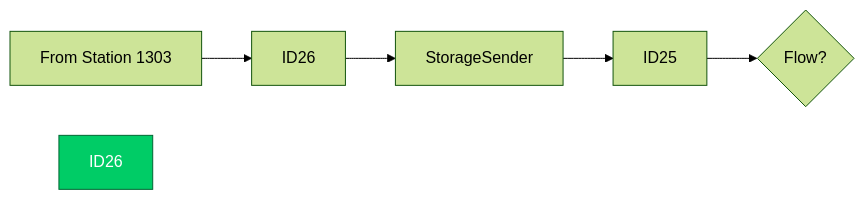
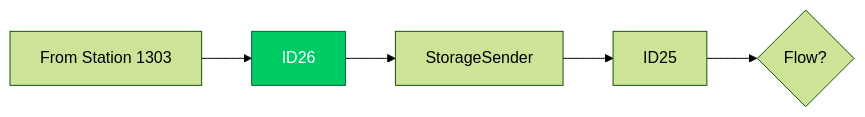
One commit to luthfiadityaa/SimeDarby-Wiki changed the first of 22 diagrams in Basic-Design/DFD-WMS/Retrieval/QC-Setting/QC-Work-from-Retrieval-for-QC-Start.md. Above: the diagram before and after it, drawn with Mermaid (forest theme).

Commit message:
Updated QC Work from Retrieval for QC Start

```diff
--- a/Basic-Design/DFD-WMS/Retrieval/QC-Setting/QC-Work-from-Retrieval-for-QC-Start.md
+++ b/Basic-Design/DFD-WMS/Retrieval/QC-Setting/QC-Work-from-Retrieval-for-QC-Start.md
@@ -7,9 +7,9 @@
 ::: mermaid
 flowchart LR
   
 P1[From Station 1303]-->P2[ID26]-->P3[StorageSender]-->P4[ID25]-->Cond1{Flow?} 
 
 
-click ID26 "https://dev.azure.com/Daifuku-SW/ID_SimeDarbyPlantation/_wiki/wikis/ID_SimeDarbyPlantation.wiki/900/Retrieval-for-QC-Start?anchor=id26" "Go to ID26"
-style ID26 fill:#00cc66,stroke:#006633,color:#ffffff
+click P2 "https://dev.azure.com/Daifuku-SW/ID_SimeDarbyPlantation/_wiki/wikis/ID_SimeDarbyPlantation.wiki/900/Retrieval-for-QC-Start?anchor=id26" "Go to ID26"
+style P2 fill:#00cc66,stroke:#006633,color:#ffffff
 :::
```
